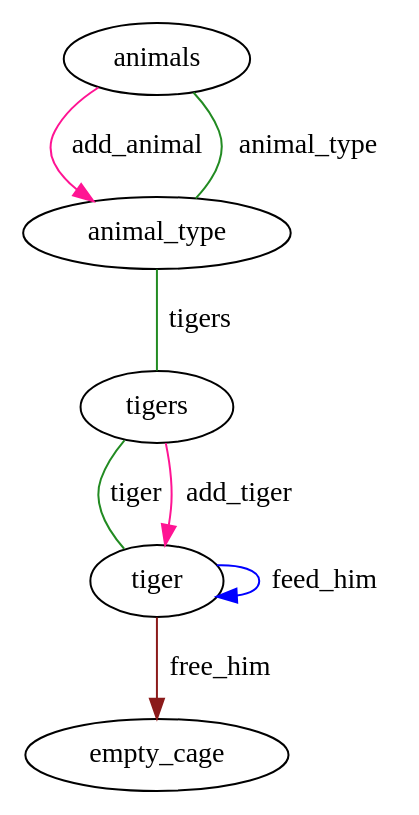
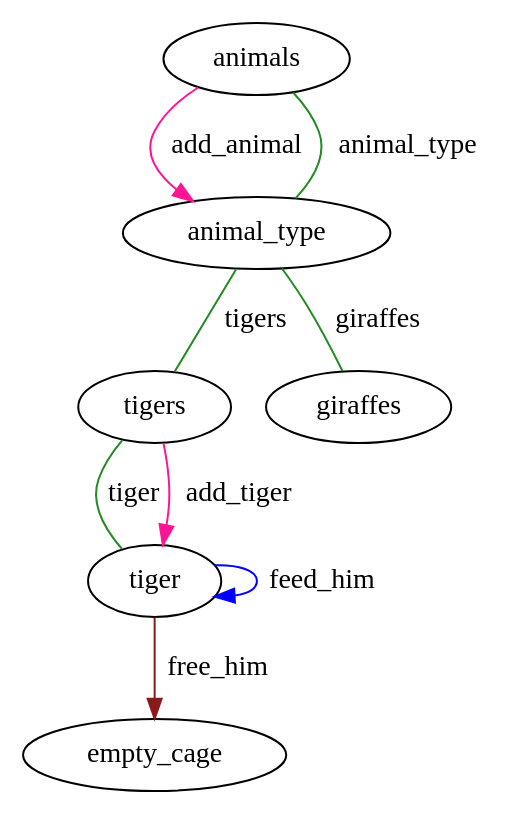
One commit to mooreniemi/pica changed the diagram in examples/zoo/zoo.dot. Above: the diagram before and after it, drawn with Graphviz. The commit also changed 6 other files, not shown here.

```diff
--- a/examples/zoo/zoo.dot
+++ b/examples/zoo/zoo.dot
@@ -1,17 +1,19 @@
 digraph {
 	
 	  animal_type -> tigers [label="tigers" dir="none" color="forestgreen"];
+  
+	  animal_type -> giraffes [label="giraffes" dir="none" color="forestgreen"];
   
 	  animals -> animal_type [label="add_animal" dir="" color="deeppink"];
   
 	  animals -> animal_type [label="animal_type" dir="none" color="forestgreen"];
   
 	  tiger -> empty_cage [label="free_him" dir="" color="firebrick4"];
   
 	  tiger -> tiger [label="feed_him" dir="" color="blue"];
   
 	  tigers -> tiger [label="tiger" dir="none" color="forestgreen"];
   
 	  tigers -> tiger [label="add_tiger" dir="" color="deeppink"];
   
 }
```
